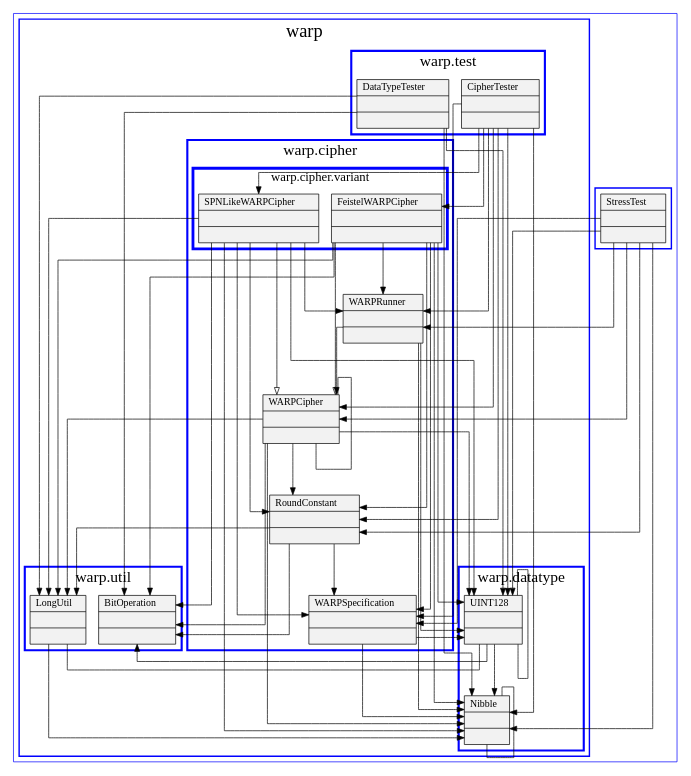
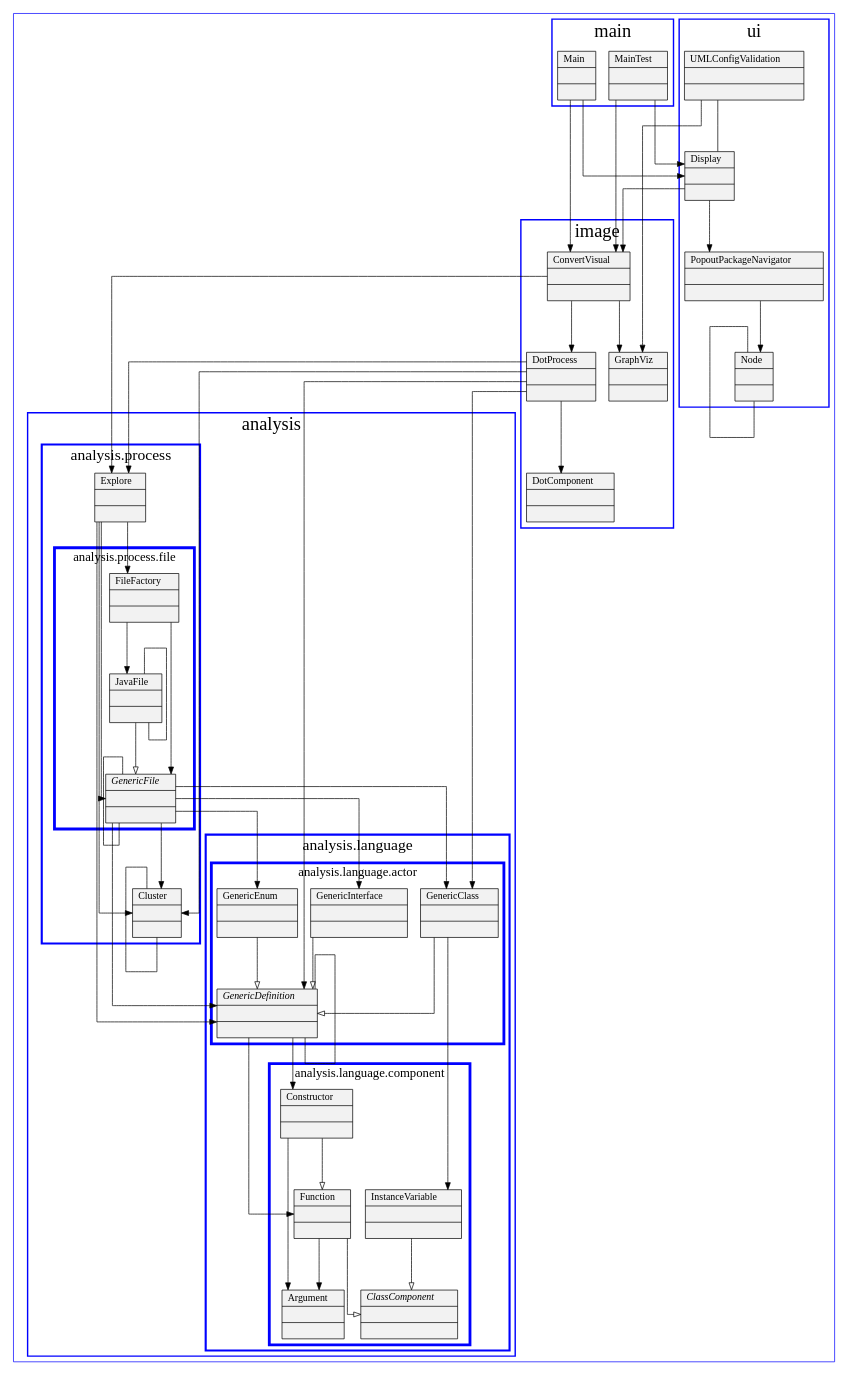
The diagram in dotsource.dot (Reithger/Project-Diagram-Generator), drawn with Graphviz before and after one commit. The commit also changed 3 other files, not shown here.

```diff
--- a/dotsource.dot
+++ b/dotsource.dot
@@ -1,128 +1,151 @@
 digraph G {
 	node[shape=record,style=filled,fillcolor=gray95];
 	edge[concentrate=true];
 	graph[splines = ortho, ranksep = 1, ratio = fill, color=blue];
 	rankdir = TB;
 
-	n0 [label = <{RoundConstant||}>];
-	n1 [label = <{WARPCipher||}>];
-	n2 [label = <{WARPRunner||}>];
-	n3 [label = <{FeistelWARPCipher||}>];
-	n4 [label = <{CipherTester||}>];
-	n5 [label = <{WARPSpecification||}>];
-	n6 [label = <{SPNLikeWARPCipher||}>];
-	n7 [label = <{LongUtil||}>];
-	n8 [label = <{Nibble||}>];
-	n9 [label = <{UINT128||}>];
-	n10 [label = <{StressTest||}>];
-	n11 [label = <{BitOperation||}>];
-	n12 [label = <{DataTypeTester||}>];
+	n0 [label = <{Function||}>];
+	n1 [label = <{JavaFile||}>];
+	n2 [label = <{ConvertVisual||}>];
+	n3 [label = <{PopoutPackageNavigator||}>];
+	n4 [label = <{UMLConfigValidation||}>];
+	n5 [label = <{InstanceVariable||}>];
+	n6 [label = <{Cluster||}>];
+	n7 [label = <{DotProcess||}>];
+	n8 [label = <{GenericInterface||}>];
+	n9 [label = <{Argument||}>];
+	n10 [label = <{DotComponent||}>];
+	n11 [label = <{<i>GenericFile</i>||}>];
+	n12 [label = <{Display||}>];
+	n13 [label = <{Constructor||}>];
+	n14 [label = <{GraphViz||}>];
+	n15 [label = <{GenericEnum||}>];
+	n16 [label = <{GenericClass||}>];
+	n17 [label = <{<i>ClassComponent</i>||}>];
+	n18 [label = <{FileFactory||}>];
+	n19 [label = <{Main||}>];
+	n20 [label = <{Node||}>];
+	n21 [label = <{<i>GenericDefinition</i>||}>];
+	n22 [label = <{Explore||}>];
+	n23 [label = <{MainTest||}>];
 	subgraph cluster_{
 		label = "";
 		fontsize = 30;
 		penwidth = 1;
-		subgraph cluster_{
-			label = "";
+		subgraph cluster_analysis{
+			label = "analysis";
 			fontsize = 26;
 			penwidth = 2;
+			subgraph cluster_analysis_language{
+				label = "analysis.language";
+				fontsize = 22;
+				penwidth = 3;
+				subgraph cluster_analysis_language_actor{
+					label = "analysis.language.actor";
+					fontsize = 18;
+					penwidth = 4;
+					n15;
+					n16;
+					n8;
+					n21;
+				}
+				subgraph cluster_analysis_language_component{
+					label = "analysis.language.component";
+					fontsize = 18;
+					penwidth = 4;
+					n0;
+					n13;
+					n17;
+					n5;
+					n9;
+				}
+			}
+			subgraph cluster_analysis_process{
+				label = "analysis.process";
+				fontsize = 22;
+				penwidth = 3;
+				n6;
+				n22;
+				subgraph cluster_analysis_process_file{
+					label = "analysis.process.file";
+					fontsize = 18;
+					penwidth = 4;
+					n11;
+					n1;
+					n18;
+				}
+			}
+		}
+		subgraph cluster_image{
+			label = "image";
+			fontsize = 26;
+			penwidth = 2;
+			n2;
+			n14;
+			n7;
 			n10;
 		}
-		subgraph cluster_warp{
-			label = "warp";
+		subgraph cluster_main{
+			label = "main";
 			fontsize = 26;
 			penwidth = 2;
-			subgraph cluster_warp_cipher{
-				label = "warp.cipher";
-				fontsize = 22;
-				penwidth = 3;
-				n0;
-				n1;
-				n2;
-				n5;
-				subgraph cluster_warp_cipher_variant{
-					label = "warp.cipher.variant";
-					fontsize = 18;
-					penwidth = 4;
-					n3;
-					n6;
-				}
-			}
-			subgraph cluster_warp_datatype{
-				label = "warp.datatype";
-				fontsize = 22;
-				penwidth = 3;
-				n8;
-				n9;
-			}
-			subgraph cluster_warp_test{
-				label = "warp.test";
-				fontsize = 22;
-				penwidth = 3;
-				n4;
-				n12;
-			}
-			subgraph cluster_warp_util{
-				label = "warp.util";
-				fontsize = 22;
-				penwidth = 3;
-				n11;
-				n7;
-			}
+			n19;
+			n23;
+		}
+		subgraph cluster_ui{
+			label = "ui";
+			fontsize = 26;
+			penwidth = 2;
+			n12;
+			n3;
+			n4;
+			n20;
 		}
 	}
-	n0 -> n7[arrowhead=normal];
-	n0 -> n11[arrowhead=normal];
-	n0 -> n5[arrowhead=normal];
-	n1 -> n8[arrowhead=normal];
-	n1 -> n9[arrowhead=normal];
-	n1 -> n7[arrowhead=normal];
-	n1 -> n11[arrowhead=normal];
-	n1 -> n0[arrowhead=normal];
+	n0 -> n17[arrowhead=onormal];
+	n0 -> n9[arrowhead=normal];
+	n1 -> n11[arrowhead=onormal];
 	n1 -> n1[arrowhead=none];
-	n2 -> n8[arrowhead=normal];
-	n2 -> n9[arrowhead=normal];
-	n2 -> n1[arrowhead=normal];
-	n3 -> n1[arrowhead=onormal];
-	n3 -> n0[arrowhead=normal];
-	n3 -> n2[arrowhead=normal];
-	n3 -> n5[arrowhead=normal];
-	n3 -> n8[arrowhead=normal];
-	n3 -> n9[arrowhead=normal];
-	n3 -> n7[arrowhead=normal];
-	n3 -> n11[arrowhead=normal];
-	n4 -> n0[arrowhead=normal];
-	n4 -> n1[arrowhead=normal];
-	n4 -> n2[arrowhead=normal];
-	n4 -> n5[arrowhead=normal];
-	n4 -> n3[arrowhead=normal];
-	n4 -> n6[arrowhead=normal];
-	n4 -> n8[arrowhead=normal];
-	n4 -> n9[arrowhead=normal];
-	n5 -> n8[arrowhead=normal];
-	n5 -> n9[arrowhead=normal];
-	n6 -> n1[arrowhead=onormal];
-	n6 -> n0[arrowhead=normal];
-	n6 -> n2[arrowhead=normal];
-	n6 -> n5[arrowhead=normal];
-	n6 -> n8[arrowhead=normal];
-	n6 -> n9[arrowhead=normal];
-	n6 -> n7[arrowhead=normal];
-	n6 -> n11[arrowhead=normal];
-	n7 -> n8[arrowhead=normal];
-	n7 -> n9[arrowhead=none];
-	n8 -> n8[arrowhead=none];
-	n9 -> n11[arrowhead=normal];
-	n9 -> n9[arrowhead=none];
-	n9 -> n8[arrowhead=normal];
-	n10 -> n0[arrowhead=normal];
-	n10 -> n1[arrowhead=normal];
-	n10 -> n2[arrowhead=normal];
-	n10 -> n5[arrowhead=normal];
-	n10 -> n8[arrowhead=normal];
-	n10 -> n9[arrowhead=normal];
-	n12 -> n8[arrowhead=normal];
-	n12 -> n9[arrowhead=normal];
-	n12 -> n7[arrowhead=normal];
-	n12 -> n11[arrowhead=normal];
+	n2 -> n22[arrowhead=normal];
+	n2 -> n7[arrowhead=normal];
+	n2 -> n14[arrowhead=normal];
+	n3 -> n20[arrowhead=normal];
+	n4 -> n14[arrowhead=normal];
+	n4 -> n12[arrowhead=none];
+	n5 -> n17[arrowhead=onormal];
+	n6 -> n6[arrowhead=none];
+	n7 -> n16[arrowhead=normal];
+	n7 -> n21[arrowhead=normal];
+	n7 -> n6[arrowhead=normal];
+	n7 -> n22[arrowhead=normal];
+	n7 -> n10[arrowhead=normal];
+	n8 -> n21[arrowhead=onormal];
+	n11 -> n16[arrowhead=normal];
+	n11 -> n21[arrowhead=normal];
+	n11 -> n15[arrowhead=normal];
+	n11 -> n8[arrowhead=normal];
+	n11 -> n6[arrowhead=normal];
+	n11 -> n11[arrowhead=none];
+	n12 -> n2[arrowhead=normal];
+	n12 -> n3[arrowhead=normal];
+	n13 -> n0[arrowhead=onormal];
+	n13 -> n9[arrowhead=normal];
+	n15 -> n21[arrowhead=onormal];
+	n16 -> n21[arrowhead=onormal];
+	n16 -> n5[arrowhead=normal];
+	n18 -> n11[arrowhead=normal];
+	n18 -> n1[arrowhead=normal];
+	n19 -> n2[arrowhead=normal];
+	n19 -> n12[arrowhead=normal];
+	n20 -> n20[arrowhead=none];
+	n21 -> n13[arrowhead=normal];
+	n21 -> n0[arrowhead=normal];
+	n21 -> n21[arrowhead=none];
+	n22 -> n21[arrowhead=normal];
+	n22 -> n18[arrowhead=normal];
+	n22 -> n11[arrowhead=normal];
+	n22 -> n6[arrowhead=normal];
+	n23 -> n2[arrowhead=normal];
+	n23 -> n12[arrowhead=normal];
 
 }
```
